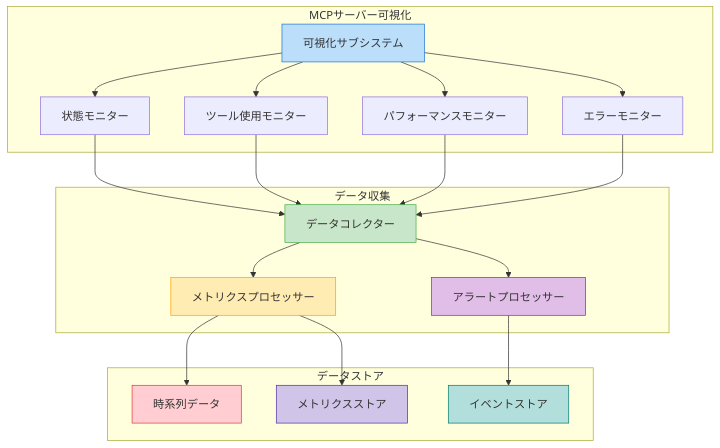
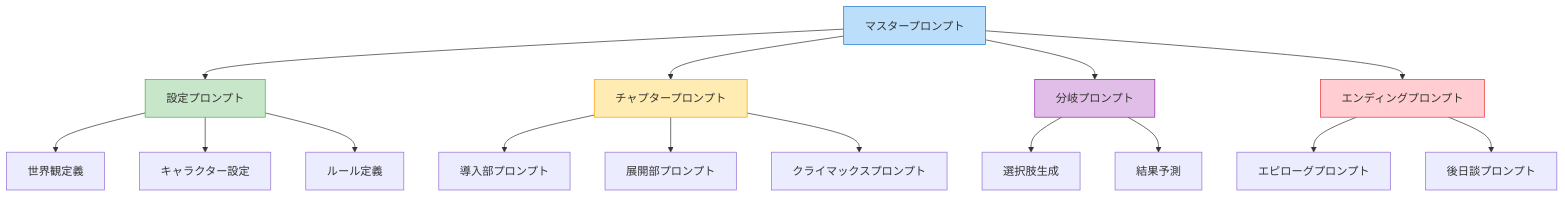
One commit to NewAITees/FableMaze changed the fourth of 7 diagrams in docs/ARCHITECTURE.md. Above: the diagram before and after it, drawn with Mermaid. The commit also changed other lines of this file and 6 other files, not shown here.

````diff
--- a/docs/ARCHITECTURE.md
+++ b/docs/ARCHITECTURE.md
@@ -215,47 +201,27 @@
 ```mermaid
 graph TD
-    subgraph "MCPサーバー可視化"
-        VS[可視化サブシステム]
-        SM[状態モニター]
-        TM[ツール使用モニター]
-        PM[パフォーマンスモニター]
-        EM[エラーモニター]
-    end
+    A[マスタープロンプト] --> B[設定プロンプト]
+    A --> C[チャプタープロンプト]
+    A --> D[分岐プロンプト]
+    A --> E[エンディングプロンプト]
     
-    subgraph "データ収集"
-        DC[データコレクター]
-        MP[メトリクスプロセッサー]
-        AP[アラートプロセッサー]
-    end
+    B --> B1[世界観定義]
+    B --> B2[キャラクター設定]
+    B --> B3[ルール定義]
     
-    subgraph "データストア"
-        TS[時系列データ]
-        ES[イベントストア]
-        MS[メトリクスストア]
-    end
+    C --> C1[導入部プロンプト]
+    C --> C2[展開部プロンプト]
+    C --> C3[クライマックスプロンプト]
     
-    VS --> SM
-    VS --> TM
-    VS --> PM
-    VS --> EM
+    D --> D1[選択肢生成]
+    D --> D2[結果予測]
     
-    SM --> DC
-    TM --> DC
-    PM --> DC
-    EM --> DC
+    E --> E1[エピローグプロンプト]
+    E --> E2[後日談プロンプト]
     
-    DC --> MP
-    DC --> AP
-    
-    MP --> TS
-    MP --> MS
-    AP --> ES
-    
-    style VS fill:#bbdefb,stroke:#1976d2
-    style DC fill:#c8e6c9,stroke:#4caf50
-    style MP fill:#ffecb3,stroke:#ffa000
-    style AP fill:#e1bee7,stroke:#8e24aa
-    style TS fill:#ffcdd2,stroke:#e53935
-    style MS fill:#d1c4e9,stroke:#512da8
-    style ES fill:#b2dfdb,stroke:#00796b
+    style A fill:#bbdefb,stroke:#1976d2
+    style B fill:#c8e6c9,stroke:#4caf50
+    style C fill:#ffecb3,stroke:#ffa000
+    style D fill:#e1bee7,stroke:#8e24aa
+    style E fill:#ffcdd2,stroke:#e53935
 ```
````
